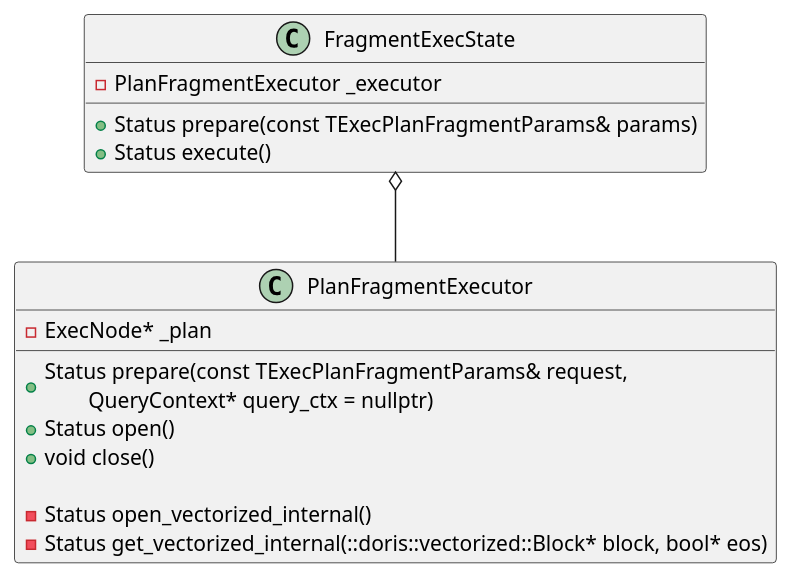
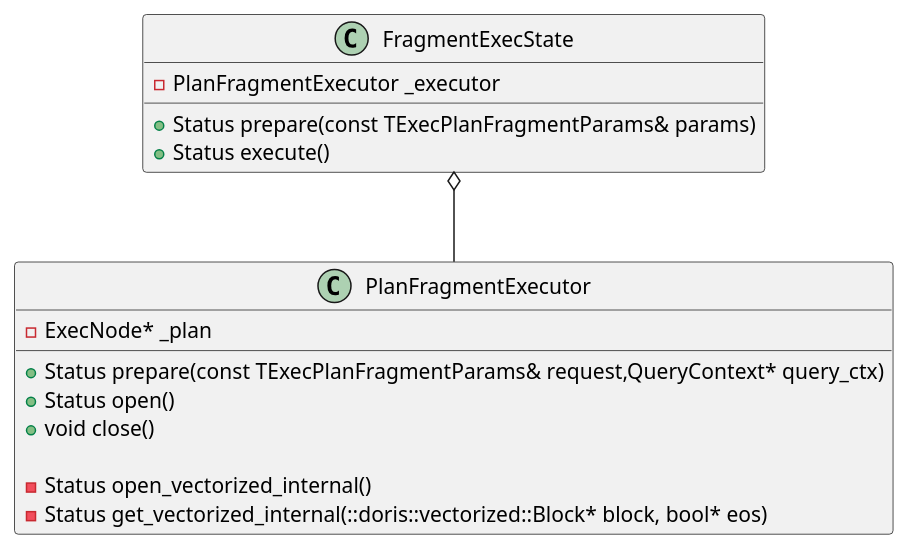
Before and after one commit to DepInjoy/geektime: the first of 6 diagrams in doc/DB/Doris/SourceRead/12_01_Exec_Volcano.md, drawn with PlantUML. The commit also changed 1 other file, not shown here.

Commit message:
Doris source read

````diff
--- a/doc/DB/Doris/SourceRead/12_01_Exec_Volcano.md
+++ b/doc/DB/Doris/SourceRead/12_01_Exec_Volcano.md
@@ -11,23 +11,23 @@
 ```plantuml
 @startuml
 class FragmentExecState {
     - PlanFragmentExecutor _executor
 
     + Status prepare(const TExecPlanFragmentParams& params)
     + Status execute()
 }
 
 class PlanFragmentExecutor {
     - ExecNode* _plan
 
-    + Status prepare(const TExecPlanFragmentParams& request, \n\tQueryContext* query_ctx = nullptr)
+    + Status prepare(const TExecPlanFragmentParams& request,QueryContext* query_ctx)
     + Status open()
     + void close()
 
     - Status open_vectorized_internal()
     - Status get_vectorized_internal(::doris::vectorized::Block* block, bool* eos)
 }
 
 PlanFragmentExecutor -up-o FragmentExecState
 @enduml
 ```
````
